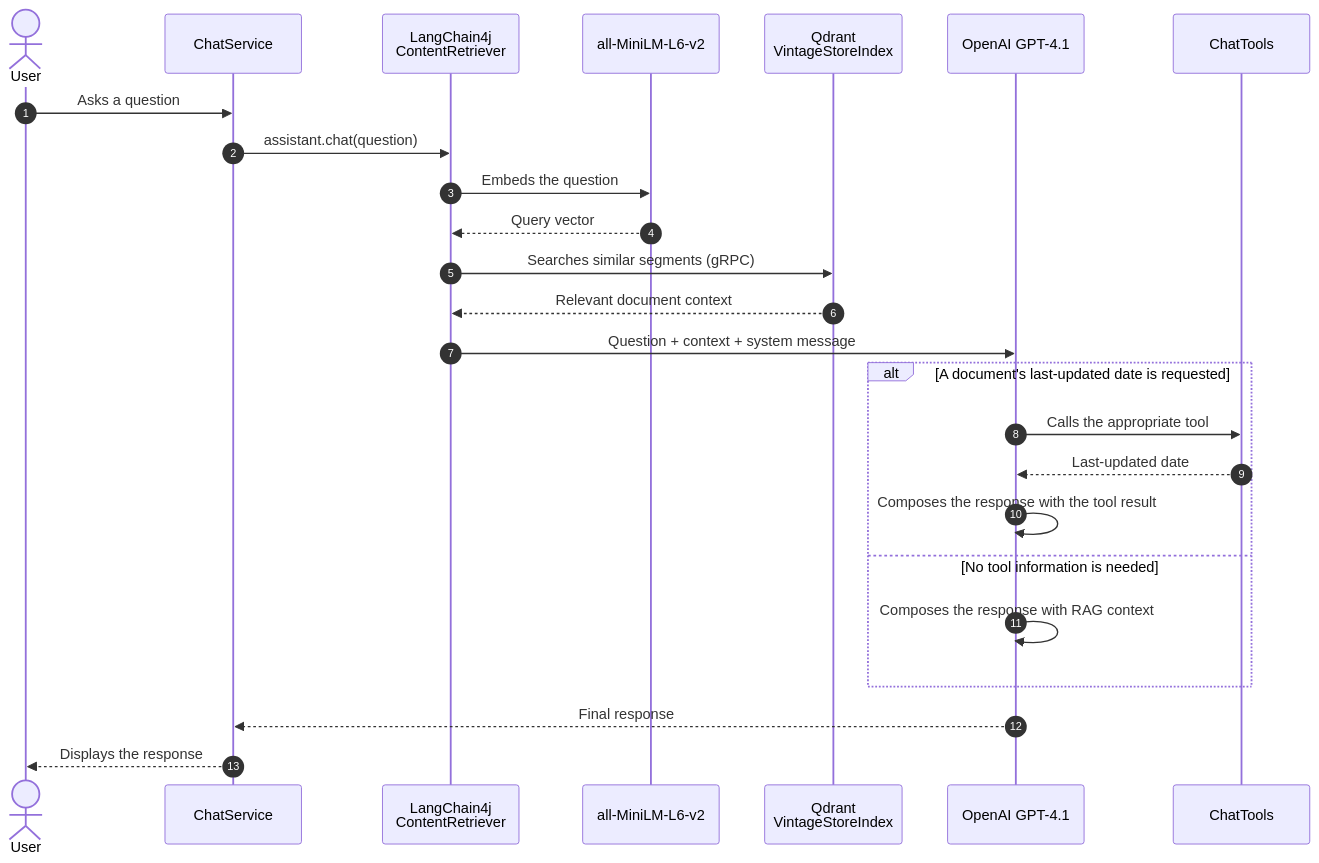
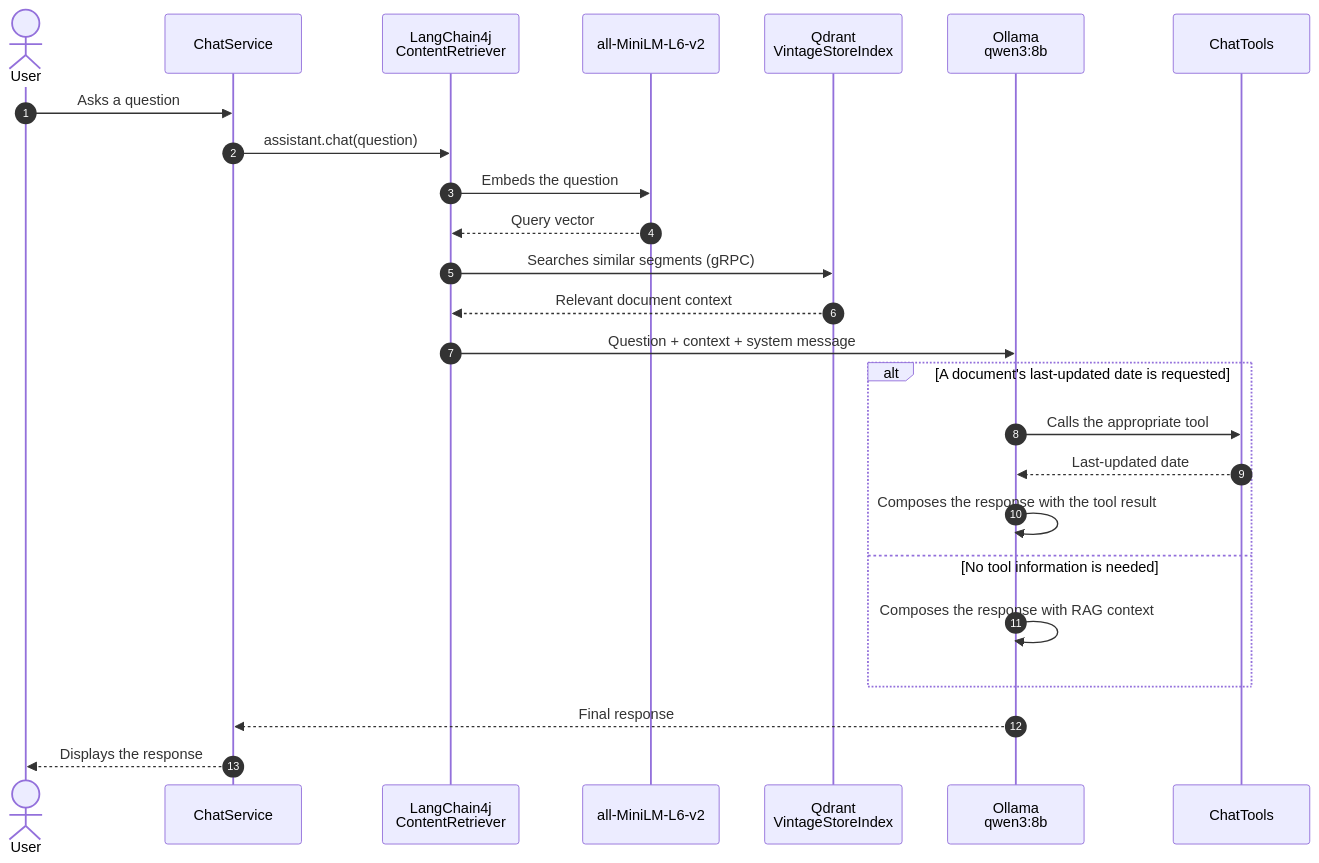
Before and after one commit to KhalefAhmed/retroguide: the diagram in README.md, drawn with Mermaid. The commit also changed other lines of this file and 3 other files, not shown here.

````diff
--- a/README.md
+++ b/README.md
@@ -43,30 +59,29 @@
 ```mermaid
 sequenceDiagram
     autonumber
     actor User
     participant Chat as ChatService
     participant RAG as LangChain4j<br/>ContentRetriever
     participant Embed as all-MiniLM-L6-v2
     participant Qdrant as Qdrant<br/>VintageStoreIndex
-    participant LLM as OpenAI GPT-4.1
+    participant LLM as Ollama<br/>qwen3:8b
     participant Tool as ChatTools
 
     User->>Chat: Asks a question
     Chat->>RAG: assistant.chat(question)
     RAG->>Embed: Embeds the question
     Embed-->>RAG: Query vector
     RAG->>Qdrant: Searches similar segments (gRPC)
     Qdrant-->>RAG: Relevant document context
     RAG->>LLM: Question + context + system message
 
     alt A document's last-updated date is requested
         LLM->>Tool: Calls the appropriate tool
         Tool-->>LLM: Last-updated date
         LLM->>LLM: Composes the response with the tool result
     else No tool information is needed
         LLM->>LLM: Composes the response with RAG context
     end
-
     LLM-->>Chat: Final response
     Chat-->>User: Displays the response
 ```
````
